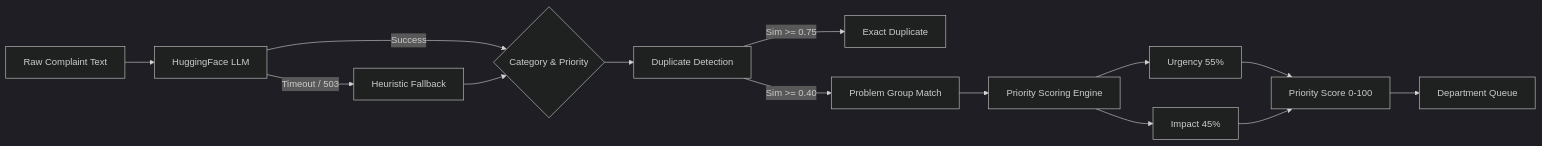
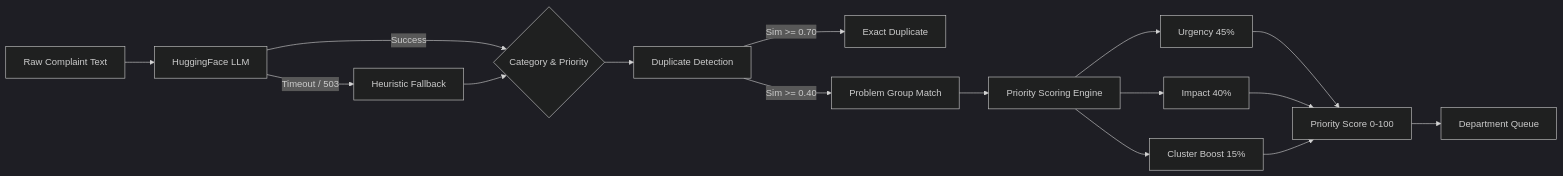
One commit to siddhantgosavi7/SIH-2026 changed the diagram in Doc/AI_PIPELINE.md. Above: the diagram before and after it, drawn with Mermaid (dark theme). The commit also changed other lines of this file and 94 other files, not shown here.

````diff
--- a/Doc/AI_PIPELINE.md
+++ b/Doc/AI_PIPELINE.md
@@ -7,15 +7,16 @@
 ```mermaid
 flowchart LR
     X[Raw Complaint Text] --> LLM[HuggingFace LLM]
     LLM -->|Timeout / 503| H[Heuristic Fallback]
     LLM -->|Success| C{Category & Priority}
     H --> C
     C --> D[Duplicate Detection]
-    D --> |Sim >= 0.75| Exact[Exact Duplicate]
+    D --> |Sim >= 0.70| Exact[Exact Duplicate]
     D --> |Sim >= 0.40| Group[Problem Group Match]
     Group --> P[Priority Scoring Engine]
-    P --> U[Urgency 55%]
-    P --> I[Impact 45%]
-    U & I --> Final[Priority Score 0-100]
+    P --> U[Urgency 45%]
+    P --> I[Impact 40%]
+    P --> B[Cluster Boost 15%]
+    U & I & B --> Final[Priority Score 0-100]
     Final --> Q[Department Queue]
 ```
````
